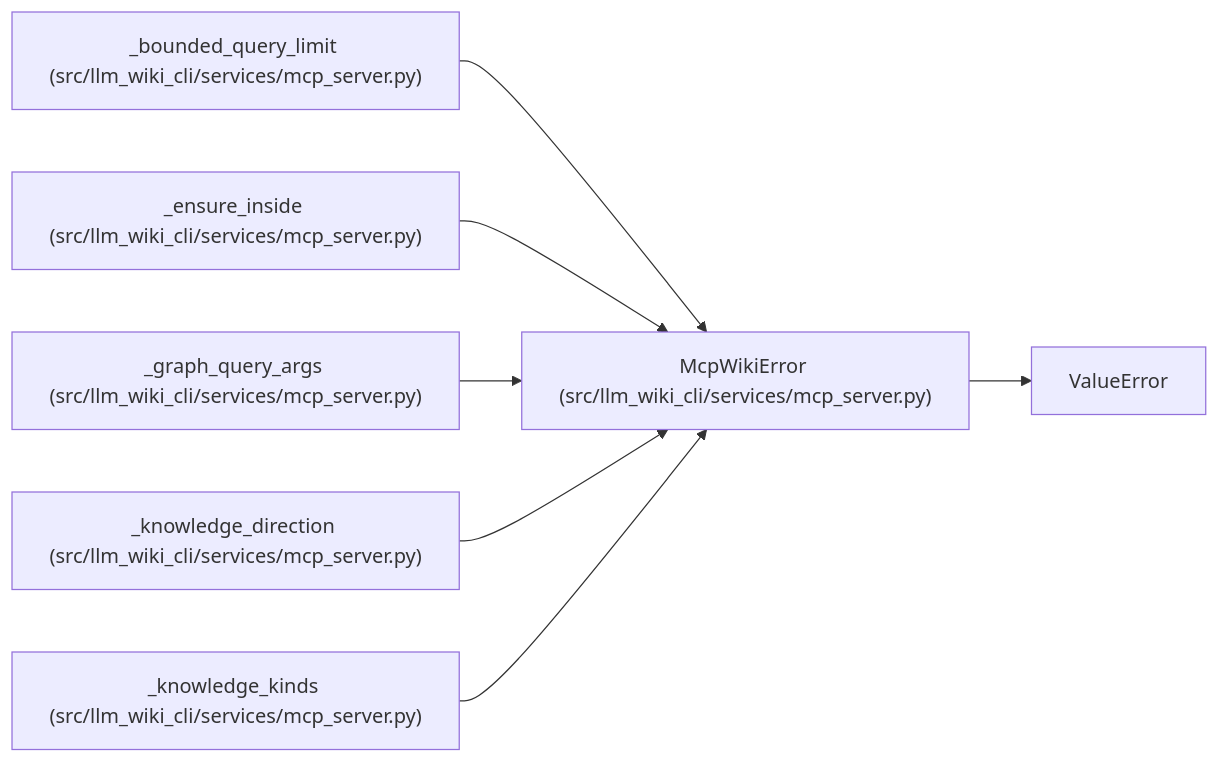
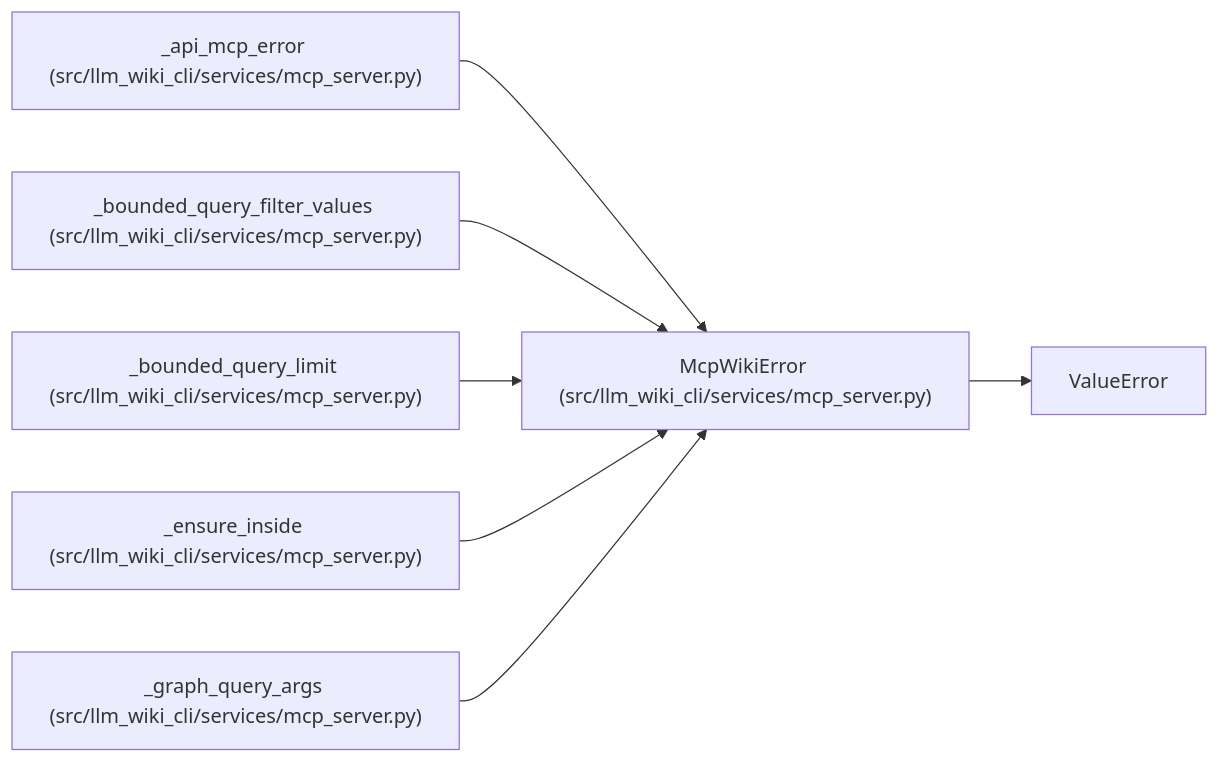
The diagram in docs/llm_wiki/entities/McpWikiError.md (Denissvgn/python-wiki-llm), drawn with Mermaid before and after one commit. The commit also changed other lines of this file and 364 other files, not shown here.

````diff
--- a/docs/llm_wiki/entities/McpWikiError.md
+++ b/docs/llm_wiki/entities/McpWikiError.md
@@ -23,22 +25,22 @@
 ```mermaid
 flowchart LR
     n0["McpWikiError (src/llm_wiki_cli/services/mcp_server.py)"]
     n1["ValueError"]
-    n2["_bounded_query_limit (src/llm_wiki_cli/services/mcp_server.py)"]
-    n3["_ensure_inside (src/llm_wiki_cli/services/mcp_server.py)"]
-    n4["_graph_query_args (src/llm_wiki_cli/services/mcp_server.py)"]
-    n5["_knowledge_direction (src/llm_wiki_cli/services/mcp_server.py)"]
-    n6["_knowledge_kinds (src/llm_wiki_cli/services/mcp_server.py)"]
+    n2["_api_mcp_error (src/llm_wiki_cli/services/mcp_server.py)"]
+    n3["_bounded_query_filter_values (src/llm_wiki_cli/services/mcp_server.py)"]
+    n4["_bounded_query_limit (src/llm_wiki_cli/services/mcp_server.py)"]
+    n5["_ensure_inside (src/llm_wiki_cli/services/mcp_server.py)"]
+    n6["_graph_query_args (src/llm_wiki_cli/services/mcp_server.py)"]
     n0 --> n1
     n2 --> n0
     n3 --> n0
     n4 --> n0
     n5 --> n0
     n6 --> n0
     click n0 "../modules/mcp_server.md"
     click n2 "../modules/mcp_server.md"
     click n3 "../modules/mcp_server.md"
     click n4 "../modules/mcp_server.md"
     click n5 "../modules/mcp_server.md"
     click n6 "../modules/mcp_server.md"
 ```
````
